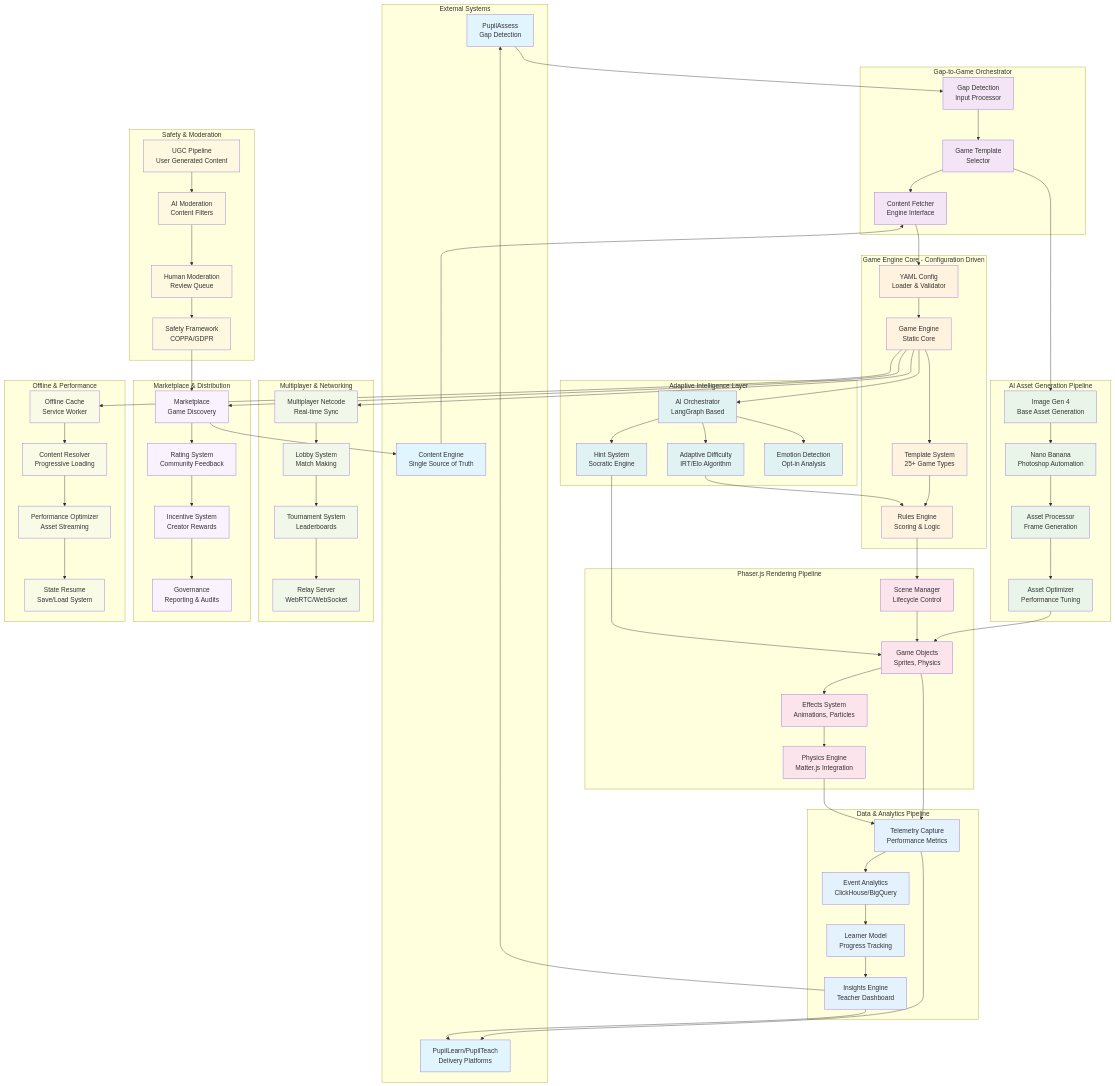
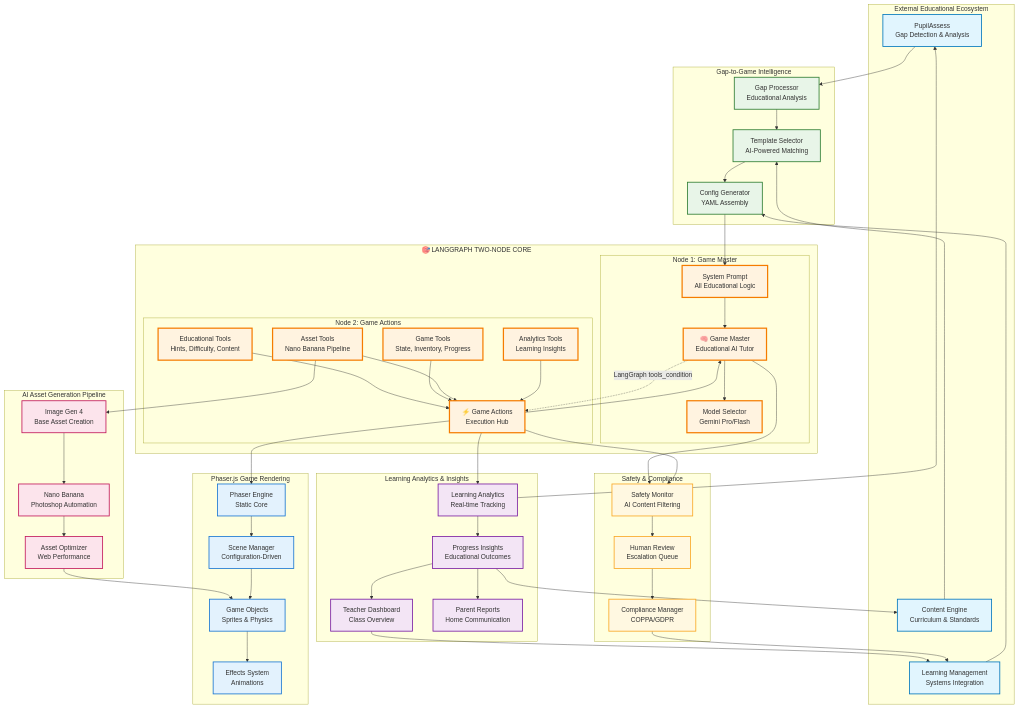
The diagram in PupilPlay-Game-Engine-Workflow.md (pupiltree/pupilplay-game-engine), drawn with Mermaid before and after one commit. The commit also changed other lines of this file and 9 other files, not shown here.

First line of the commit message:
Simplify to two-node LangGraph pattern: Clean examples and update architecture

````diff
--- a/PupilPlay-Game-Engine-Workflow.md
+++ b/PupilPlay-Game-Engine-Workflow.md
@@ -5,173 +5,124 @@
 ```mermaid
 graph TB
-    subgraph "External Systems"
-        PA[PupilAssess<br/>Gap Detection]
-        CE[Content Engine<br/>Single Source of Truth]
-        PL[PupilLearn/PupilTeach<br/>Delivery Platforms]
+    subgraph "External Educational Ecosystem"
+        PA[PupilAssess<br/>Gap Detection & Analysis]
+        CE[Content Engine<br/>Curriculum & Standards]
+        LMS[Learning Management<br/>Systems Integration]
     end
-
-    subgraph "Gap-to-Game Orchestrator"
-        GD[Gap Detection<br/>Input Processor]
-        GT[Game Template<br/>Selector]
-        CF[Content Fetcher<br/>Engine Interface]
+    
+    subgraph "Gap-to-Game Intelligence"
+        GD[Gap Processor<br/>Educational Analysis]
+        GT[Template Selector<br/>AI-Powered Matching]
+        CG[Config Generator<br/>YAML Assembly]
     end
-
+    
+    subgraph "🎯 LANGGRAPH TWO-NODE CORE"
+        subgraph "Node 1: Game Master"
+            GM[🧠 Game Master<br/>Educational AI Tutor]
+            MS[Model Selector<br/>Gemini Pro/Flash]
+            SP[System Prompt<br/>All Educational Logic]
+        end
+        
+        subgraph "Node 2: Game Actions"
+            GA[⚡ Game Actions<br/>Execution Hub]
+            ET[Educational Tools<br/>Hints, Difficulty, Content]
+            GT_TOOLS[Game Tools<br/>State, Inventory, Progress]
+            AT[Asset Tools<br/>Nano Banana Pipeline]
+            AN[Analytics Tools<br/>Learning Insights]
+        end
+        
+        %% Static Workflow (NEVER changes)
+        GM -.->|LangGraph tools_condition| GA
+        GA --> GM
+    end
+    
     subgraph "AI Asset Generation Pipeline"
-        IG[Image Gen 4<br/>Base Asset Generation]
+        IG4[Image Gen 4<br/>Base Asset Creation]
         NB[Nano Banana<br/>Photoshop Automation]
-        AP[Asset Processor<br/>Frame Generation]
-        AO[Asset Optimizer<br/>Performance Tuning]
+        AO[Asset Optimizer<br/>Web Performance]
     end
-
-    subgraph "Game Engine Core - Configuration Driven"
-        YC[YAML Config<br/>Loader & Validator]
-        GE[Game Engine<br/>Static Core]
-        TS[Template System<br/>25+ Game Types]
-        RE[Rules Engine<br/>Scoring & Logic]
+    
+    subgraph "Phaser.js Game Rendering"
+        PH[Phaser Engine<br/>Static Core]
+        SC[Scene Manager<br/>Configuration-Driven]
+        GO[Game Objects<br/>Sprites & Physics]
+        FX[Effects System<br/>Animations]
     end
-
-    subgraph "Phaser.js Rendering Pipeline"
-        SM[Scene Manager<br/>Lifecycle Control]
-        GO[Game Objects<br/>Sprites, Physics]
-        FX[Effects System<br/>Animations, Particles]
-        PH[Physics Engine<br/>Matter.js Integration]
+    
+    subgraph "Learning Analytics & Insights"
+        LA[Learning Analytics<br/>Real-time Tracking]
+        PI[Progress Insights<br/>Educational Outcomes]
+        TD[Teacher Dashboard<br/>Class Overview]
+        PR[Parent Reports<br/>Home Communication]
     end
-
-    subgraph "Adaptive Intelligence Layer"
-        AI[AI Orchestrator<br/>LangGraph Based]
-        HS[Hint System<br/>Socratic Engine]
-        AD[Adaptive Difficulty<br/>IRT/Elo Algorithm]
-        EM[Emotion Detection<br/>Opt-in Analysis]
+    
+    subgraph "Safety & Compliance"
+        SM[Safety Monitor<br/>AI Content Filtering]
+        CM[Compliance Manager<br/>COPPA/GDPR]
+        HR[Human Review<br/>Escalation Queue]
     end
-
-    subgraph "Multiplayer & Networking"
-        MN[Multiplayer Netcode<br/>Real-time Sync]
-        LS[Lobby System<br/>Match Making]
-        TS2[Tournament System<br/>Leaderboards]
-        RS[Relay Server<br/>WebRTC/WebSocket]
-    end
-
-    subgraph "Data & Analytics Pipeline"
-        TC[Telemetry Capture<br/>Performance Metrics]
-        EA[Event Analytics<br/>ClickHouse/BigQuery]
-        LM[Learner Model<br/>Progress Tracking]
-        IN[Insights Engine<br/>Teacher Dashboard]
-    end
-
-    subgraph "Safety & Moderation"
-        UGC[UGC Pipeline<br/>User Generated Content]
-        AI_MOD[AI Moderation<br/>Content Filters]
-        HM[Human Moderation<br/>Review Queue]
-        SF[Safety Framework<br/>COPPA/GDPR]
-    end
-
-    subgraph "Marketplace & Distribution"
-        MK[Marketplace<br/>Game Discovery]
-        RT[Rating System<br/>Community Feedback]
-        IC[Incentive System<br/>Creator Rewards]
-        GO2[Governance<br/>Reporting & Audits]
-    end
-
-    subgraph "Offline & Performance"
-        OC[Offline Cache<br/>Service Worker]
-        CR[Content Resolver<br/>Progressive Loading]
-        PO[Performance Optimizer<br/>Asset Streaming]
-        SR[State Resume<br/>Save/Load System]
-    end
-
-    %% External Flow
+    
+    %% External Integration Flow
     PA --> GD
-    CE --> CF
-
-    %% Gap-to-Game Flow
+    CE --> GT
+    LMS --> CG
+    
+    %% Configuration Assembly
     GD --> GT
-    GT --> CF
-    CF --> YC
-
-    %% Asset Generation Flow
-    GT --> IG
-    IG --> NB
-    NB --> AP
-    AP --> AO
+    GT --> CG
+    CG --> SP
+    
+    %% Two-Node Workflow (Core Pattern)
+    SP --> GM
+    GM --> MS
+    ET --> GA
+    GT_TOOLS --> GA
+    AT --> GA
+    AN --> GA
+    
+    %% Asset Generation Coordination
+    AT --> IG4
+    IG4 --> NB
+    NB --> AO
     AO --> GO
-
-    %% Core Engine Flow
-    YC --> GE
-    GE --> TS
-    TS --> RE
-    RE --> SM
-
-    %% Rendering Pipeline
-    SM --> GO
+    
+    %% Game Rendering Pipeline
+    GA --> PH
+    PH --> SC
+    SC --> GO
     GO --> FX
-    FX --> PH
-
-    %% AI Integration
-    GE --> AI
-    AI --> HS
-    AI --> AD
-    AI --> EM
-    HS --> GO
-    AD --> RE
-
-    %% Multiplayer Flow
-    GE --> MN
-    MN --> LS
-    LS --> TS2
-    TS2 --> RS
-
-    %% Analytics Flow
-    GO --> TC
-    PH --> TC
-    TC --> EA
-    EA --> LM
-    LM --> IN
-    IN --> PA
-
+    
+    %% Analytics & Insights Flow
+    GA --> LA
+    LA --> PI
+    PI --> TD
+    PI --> PR
+    TD --> LMS
+    
     %% Safety & Moderation
-    UGC --> AI_MOD
-    AI_MOD --> HM
-    HM --> SF
-    SF --> MK
-
-    %% Marketplace Flow
-    GE --> MK
-    MK --> RT
-    RT --> IC
-    IC --> GO2
-
-    %% Offline & Performance
-    GE --> OC
-    OC --> CR
-    CR --> PO
-    PO --> SR
-
+    GM --> SM
+    GA --> SM
+    SM --> HR
+    HR --> CM
+    CM --> LMS
+    
     %% Feedback Loops
-    TC --> PL
-    IN --> PL
-    MK --> CE
-
-    classDef external fill:#e1f5fe
-    classDef orchestrator fill:#f3e5f5
-    classDef ai fill:#e8f5e8
-    classDef core fill:#fff3e0
-    classDef rendering fill:#fce4ec
-    classDef intelligence fill:#e0f2f1
-    classDef multiplayer fill:#f1f8e9
-    classDef analytics fill:#e3f2fd
-    classDef safety fill:#fff8e1
-    classDef marketplace fill:#faf2ff
-    classDef performance fill:#f9fbe7
-
-    class PA,CE,PL external
-    class GD,GT,CF orchestrator
-    class IG,NB,AP,AO ai
-    class YC,GE,TS,RE core
-    class SM,GO,FX,PH rendering
-    class AI,HS,AD,EM intelligence
-    class MN,LS,TS2,RS multiplayer
-    class TC,EA,LM,IN analytics
-    class UGC,AI_MOD,HM,SF safety
-    class MK,RT,IC,GO2 marketplace
-    class OC,CR,PO,SR performance
+    LA --> PA
+    PI --> CE
+    
+    classDef external fill:#e1f5fe,stroke:#0277bd,stroke-width:2px
+    classDef intelligence fill:#e8f5e8,stroke:#2e7d32,stroke-width:2px
+    classDef twonode fill:#fff3e0,stroke:#f57c00,stroke-width:3px
+    classDef assets fill:#fce4ec,stroke:#c2185b,stroke-width:2px
+    classDef rendering fill:#e3f2fd,stroke:#1976d2,stroke-width:2px
+    classDef analytics fill:#f3e5f5,stroke:#7b1fa2,stroke-width:2px
+    classDef safety fill:#fff8e1,stroke:#f9a825,stroke-width:2px
+    
+    class PA,CE,LMS external
+    class GD,GT,CG intelligence
+    class GM,MS,SP,GA,ET,GT_TOOLS,AT,AN twonode
+    class IG4,NB,AO assets
+    class PH,SC,GO,FX rendering
+    class LA,PI,TD,PR analytics
+    class SM,CM,HR safety
 ```
````
